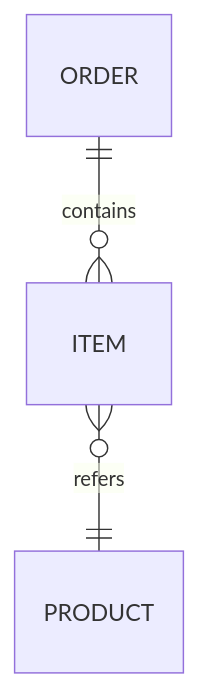
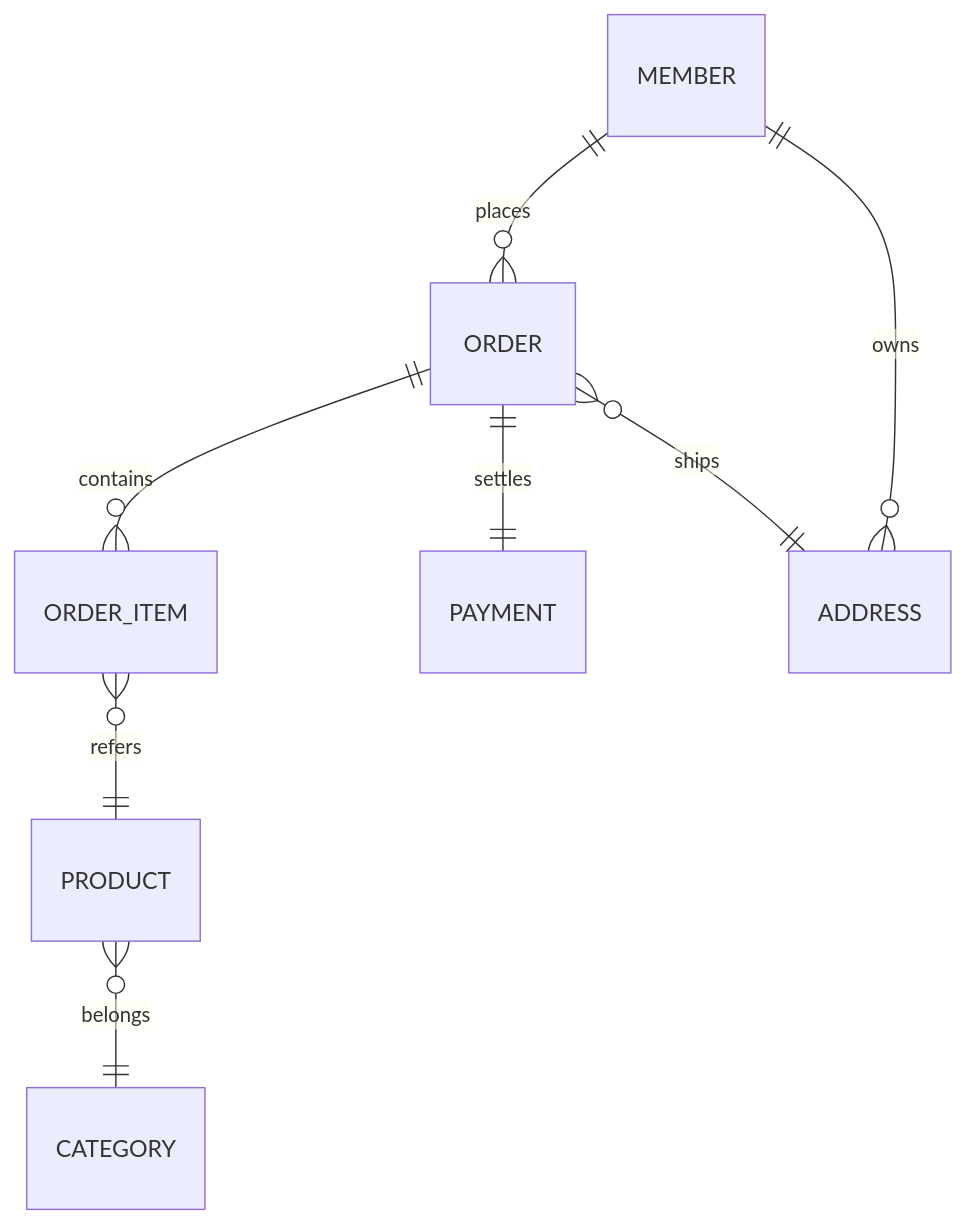
Before and after one commit to 1989v/msa: the fourth of 5 diagrams in docs/drafts/2026-09-fencesvg.md, drawn with Mermaid. The commit also changed other lines of this file and 7 other files, not shown here.

First line of the commit message:
feat(blog): 다이어그램이 사이트 팔레트를 따라간다 (fencesvg 0.3.1)

````diff
--- a/docs/drafts/2026-09-fencesvg.md
+++ b/docs/drafts/2026-09-fencesvg.md
@@ -140,6 +204,11 @@
 ```mermaid
-%% caption: 주문 하나가 여러 항목을 가진다
+%% caption: 주문 한 건이 여러 항목과 결제를 갖는다
 erDiagram
-  ORDER ||--o{ ITEM : contains
-  ITEM }o--|| PRODUCT : refers
+  MEMBER ||--o{ ORDER : places
+  ORDER ||--o{ ORDER_ITEM : contains
+  ORDER_ITEM }o--|| PRODUCT : refers
+  ORDER ||--|| PAYMENT : settles
+  PRODUCT }o--|| CATEGORY : belongs
+  MEMBER ||--o{ ADDRESS : owns
+  ORDER }o--|| ADDRESS : ships
 ```
````
